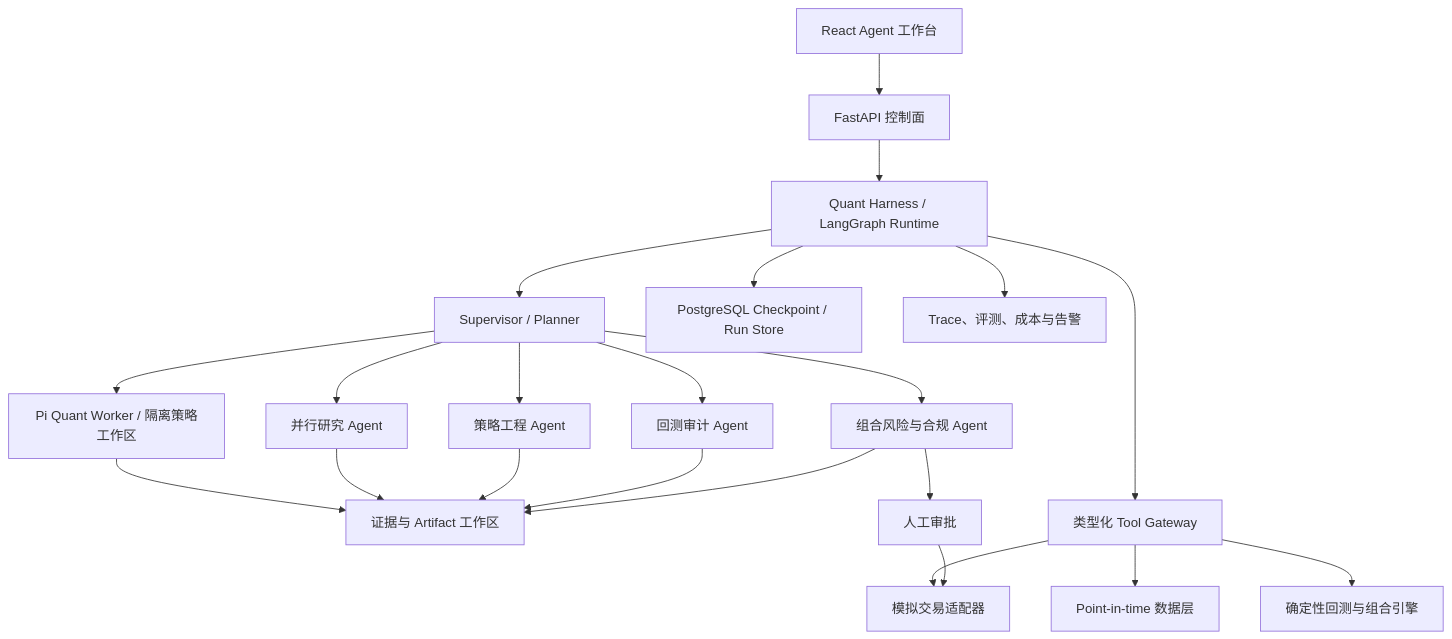
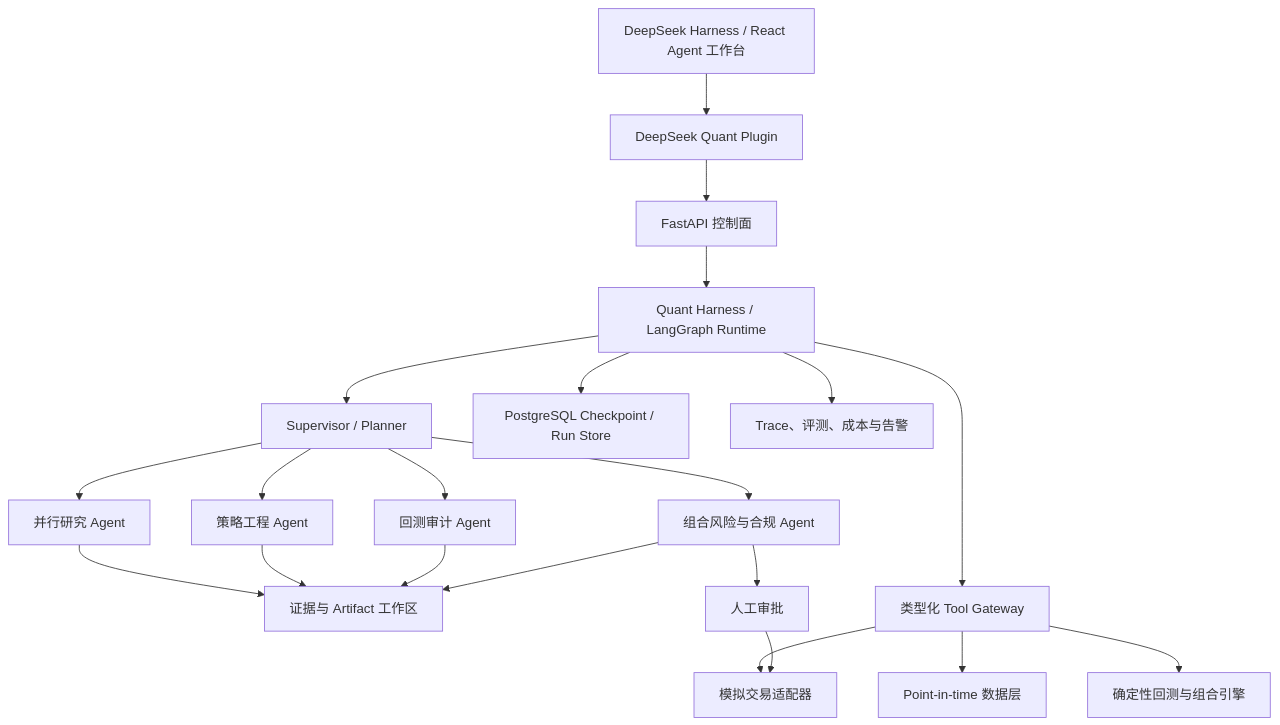
One commit to yanxiaoxiang123/backing changed the diagram in AGENT_QUANT_UPGRADE_PLAN.md. Above: the diagram before and after it, drawn with Mermaid. The commit also changed other lines of this file and 3 other files, not shown here.

````diff
--- a/AGENT_QUANT_UPGRADE_PLAN.md
+++ b/AGENT_QUANT_UPGRADE_PLAN.md
@@ -40,21 +46,20 @@
 ```mermaid
 flowchart TD
-    UI["React Agent 工作台"] --> API["FastAPI 控制面"]
+    UI["DeepSeek Harness / React Agent 工作台"] --> DSH["DeepSeek Quant Plugin"]
+    DSH --> API["FastAPI 控制面"]
     API --> RUN["Quant Harness / LangGraph Runtime"]
     RUN --> SUP["Supervisor / Planner"]
     SUP --> RES["并行研究 Agent"]
     SUP --> STR["策略工程 Agent"]
     SUP --> CRT["回测审计 Agent"]
     SUP --> RISK["组合风险与合规 Agent"]
-    SUP --> PI["Pi Quant Worker / 隔离策略工作区"]
-    PI --> ART
     RES & STR & CRT & RISK --> ART["证据与 Artifact 工作区"]
     RUN --> TOOL["类型化 Tool Gateway"]
     TOOL --> DATA["Point-in-time 数据层"]
     TOOL --> BT["确定性回测与组合引擎"]
     TOOL --> PAPER["模拟交易适配器"]
     RUN --> STATE["PostgreSQL Checkpoint / Run Store"]
     RUN --> OBS["Trace、评测、成本与告警"]
     RISK --> APPROVE["人工审批"]
     APPROVE --> PAPER
 ```
````
